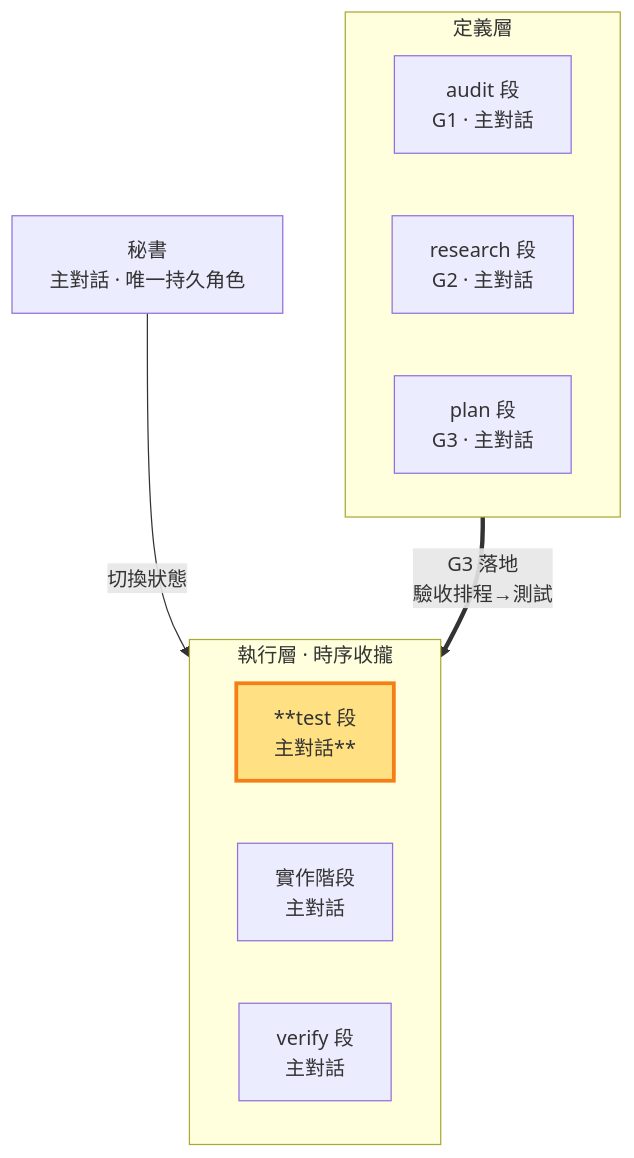
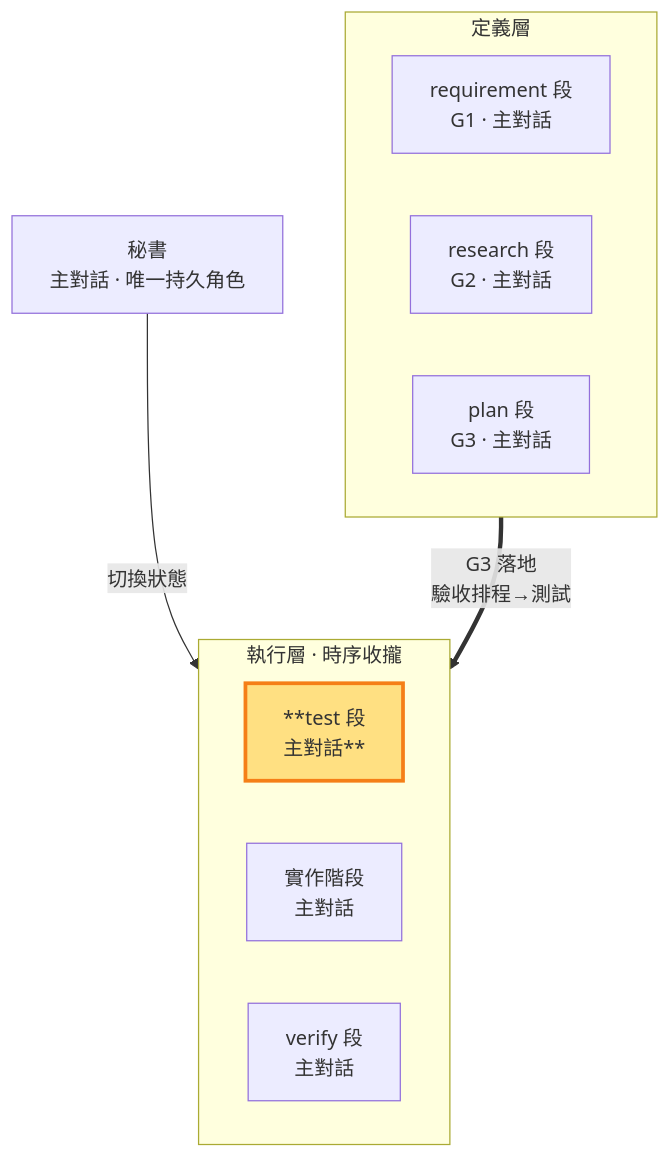
Before and after one commit to teps3105/shiftblame: the diagram in skills/shiftblame/references/TEST.md, drawn with Mermaid. The commit also changed other lines of this file and 25 other files, not shown here.

````diff
--- a/skills/shiftblame/references/TEST.md
+++ b/skills/shiftblame/references/TEST.md
@@ -16,19 +16,19 @@
 ```mermaid
 flowchart TB
     SEC[秘書<br/>主對話 · 唯一持久角色]
     subgraph Consult["定義層"]
         direction LR
-        AUD["audit 段<br/>G1 · 主對話"]
+        AUD["requirement 段<br/>G1 · 主對話"]
         RES["research 段<br/>G2 · 主對話"]
         PLA["plan 段<br/>G3 · 主對話"]
     end
     subgraph Build["執行層 · 時序收攏"]
         direction LR
         TST["**test 段<br/>主對話**"]:::thisrole
         DEV["實作階段<br/>主對話"]
         ACC["verify 段<br/>主對話"]
     end
     SEC -- 切換狀態 --> TST
     PLA == "G3 落地<br/>驗收排程→測試" ==> TST
     classDef thisrole fill:#ffe082,stroke:#f57f17,stroke-width:3px;
 ```
````
